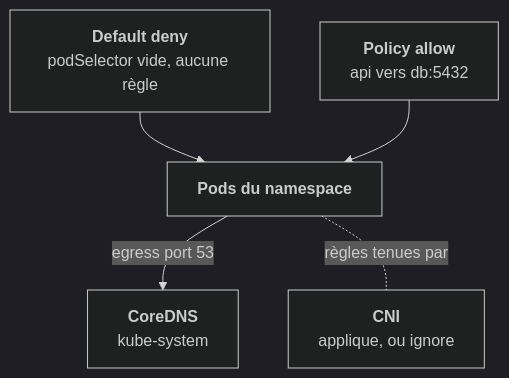
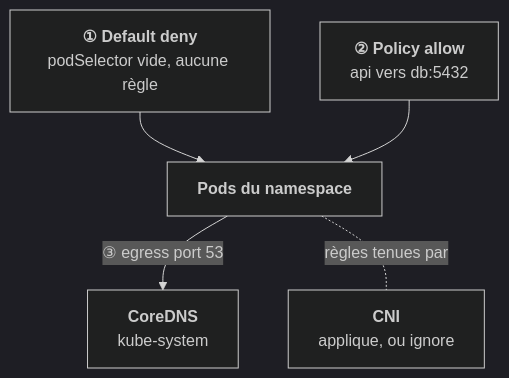
One commit to valhugnat1/cours-kube changed the diagram in src/content/lecons/04-reseau/09-networkpolicy.mdx. Above: the diagram before and after it, drawn with Mermaid (dark theme). The commit also changed other lines of this file and 22 other files, not shown here.

````diff
--- a/src/content/lecons/04-reseau/09-networkpolicy.mdx
+++ b/src/content/lecons/04-reseau/09-networkpolicy.mdx
@@ -69,11 +85,11 @@
 ```mermaid
 flowchart TD
   %% scene: Default deny :: Une policy avec `podSelector` vide et les deux types, sans règle : tout est fermé dans le namespace. :: DD, !DD>P
   %% scene: On ouvre au cas par cas :: Une policy autorise `api` vers `db` sur 5432. Les policies s'additionnent. :: A, A>P, P
   %% scene: Le DNS oublié :: Sans egress vers CoreDNS sur le port 53, plus rien ne résout. Tout semble cassé. :: !P>DNS, !DNS
   %% scene: Le CNI décide :: Tout cela n'existe que si le CNI applique les policies. Sur kindnet : acceptées, ignorées, sans erreur. :: CNI, CNI>P
-  DD["<b>Default deny</b><br/>podSelector vide, aucune règle"] --> P["<b>Pods du namespace</b>"]
-  A["<b>Policy allow</b><br/>api vers db:5432"] --> P
-  P -->|"egress port 53"| DNS["<b>CoreDNS</b><br/>kube-system"]
-  P -.-|"règles tenues par"| CNI["<b>CNI</b><br/>applique, ou ignore"]
+  DD["<b>① Default deny</b><br/>podSelector vide, aucune règle"]:::regle --> P["<b>Pods du namespace</b>"]:::cible
+  A["<b>② Policy allow</b><br/>api vers db:5432"]:::regle --> P
+  P -->|"③ egress port 53"| DNS["<b>CoreDNS</b><br/>kube-system"]:::cible
+  P -.-|"règles tenues par"| CNI["<b>CNI</b><br/>applique, ou ignore"]:::moteur
 ```
````
